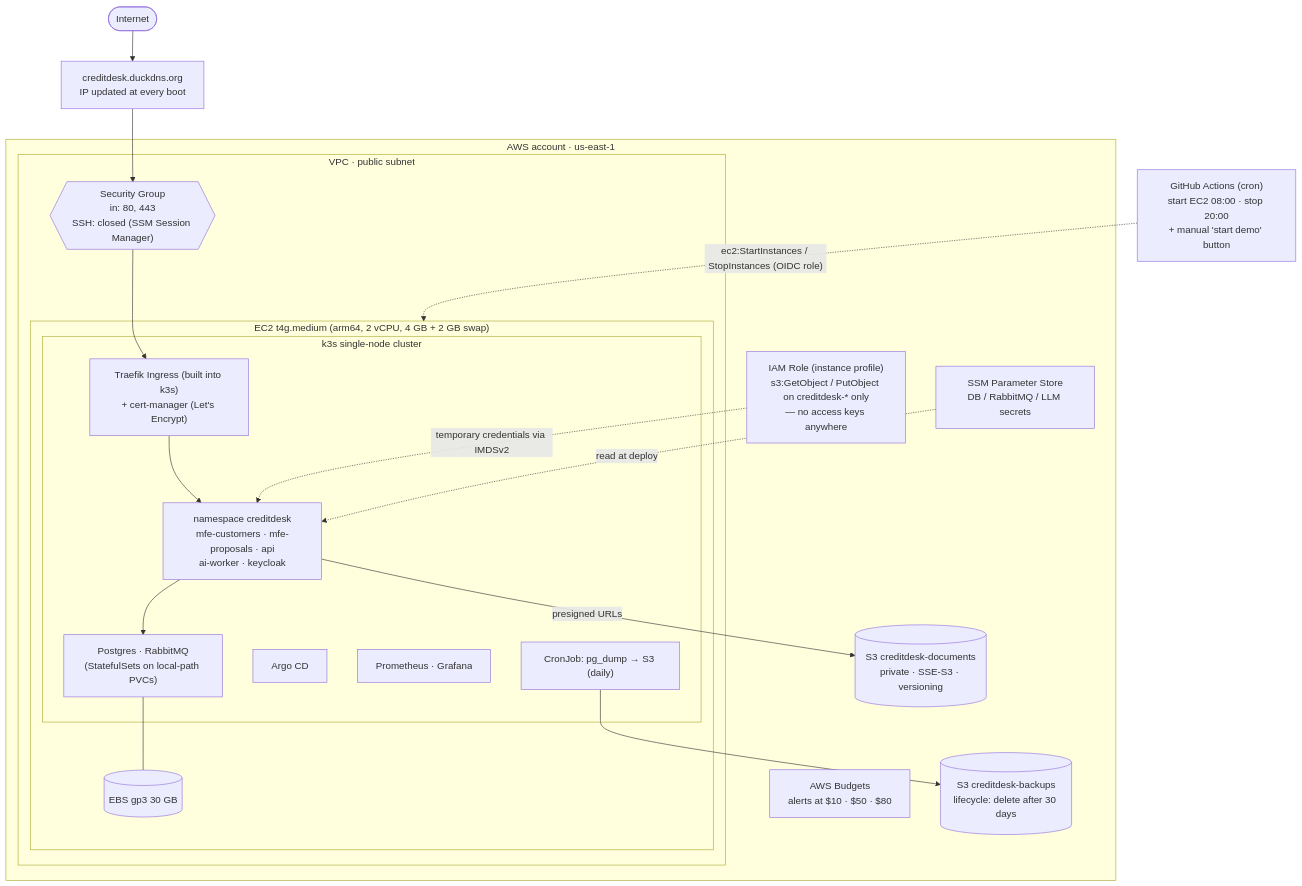
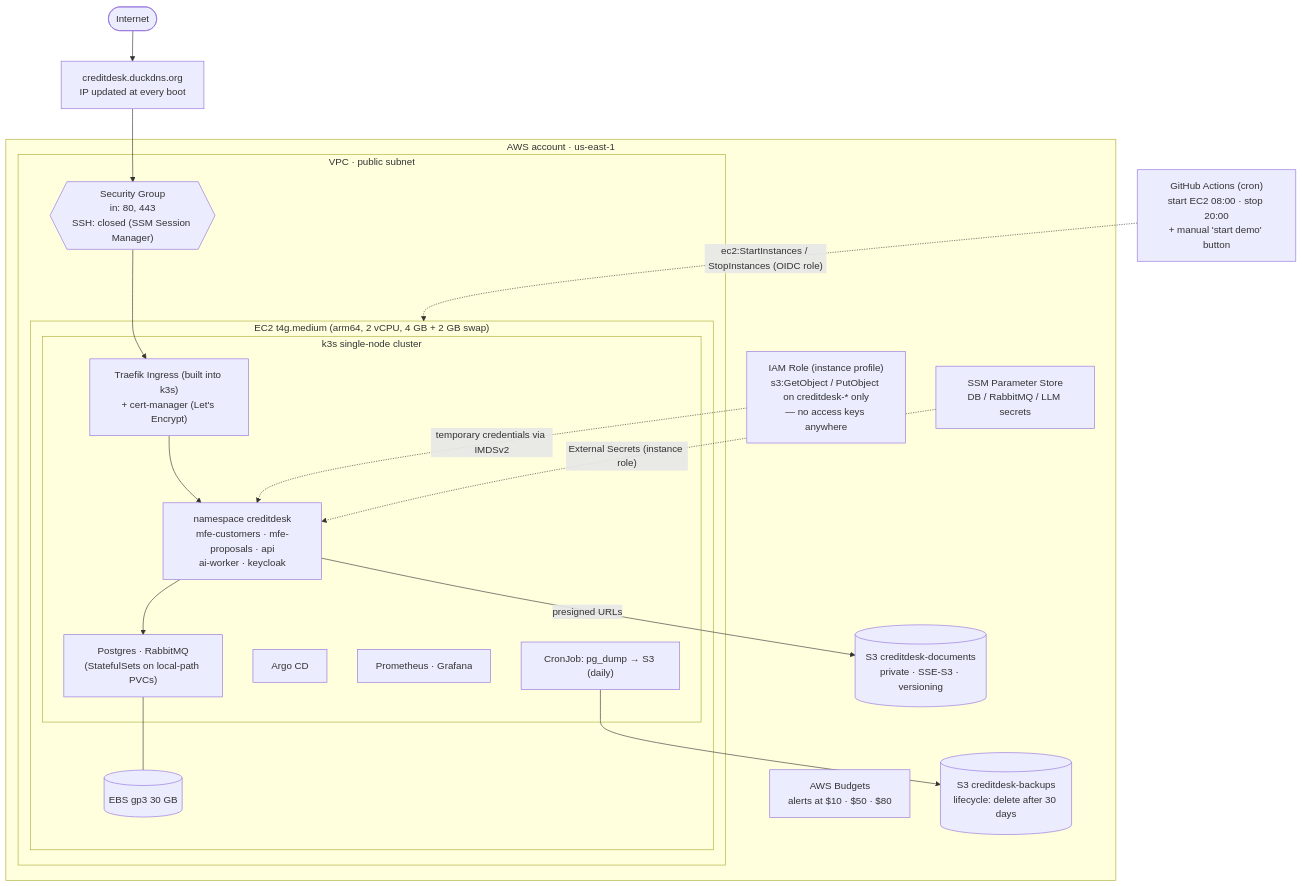
Before and after one commit to vanilds/vanilds.github.io: the second of 8 diagrams in README.md, drawn with Mermaid. The commit also changed other lines of this file and 20 other files, not shown here.

````diff
--- a/README.md
+++ b/README.md
@@ -61,40 +61,40 @@
 ```mermaid
 flowchart TB
     internet([Internet])
 
     subgraph aws["AWS account · us-east-1"]
         budgets["AWS Budgets<br/>alerts at $10 · $50 · $80"]
 
         subgraph vpc["VPC · public subnet"]
             sg{{"Security Group<br/>in: 80, 443<br/>SSH: closed (SSM Session Manager)"}}
             subgraph ec2["EC2 t4g.medium (arm64, 2 vCPU, 4 GB + 2 GB swap)"]
                 subgraph k3s["k3s single-node cluster"]
                     ingress["Traefik Ingress (built into k3s)<br/>+ cert-manager (Let's Encrypt)"]
                     apps["namespace creditdesk<br/>mfe-customers · mfe-proposals · api<br/>ai-worker · keycloak"]
                     data["Postgres · RabbitMQ<br/>(StatefulSets on local-path PVCs)"]
                     argo["Argo CD"]
                     obs["Prometheus · Grafana"]
                     cron["CronJob: pg_dump → S3 (daily)"]
                 end
                 ebs[("EBS gp3 30 GB")]
             end
         end
 
         role["IAM Role (instance profile)<br/>s3:GetObject / PutObject on creditdesk-* only<br/>— no access keys anywhere"]
         s3docs[("S3 creditdesk-documents<br/>private · SSE-S3 · versioning")]
         s3bkp[("S3 creditdesk-backups<br/>lifecycle: delete after 30 days")]
         ssm["SSM Parameter Store<br/>DB / RabbitMQ / LLM secrets"]
     end
 
     sched["GitHub Actions (cron)<br/>start EC2 08:00 · stop 20:00<br/>+ manual 'start demo' button"]
 
     internet --> dns["creditdesk.duckdns.org<br/>IP updated at every boot"] --> sg --> ingress
     ingress --> apps
     apps --> data
     data --- ebs
     apps -- "presigned URLs" --> s3docs
     cron --> s3bkp
     role -. "temporary credentials via IMDSv2" .-> apps
-    ssm -. "read at deploy" .-> apps
+    ssm -. "External Secrets (instance role)" .-> apps
     sched -. "ec2:StartInstances / StopInstances (OIDC role)" .-> ec2
 ```
````
